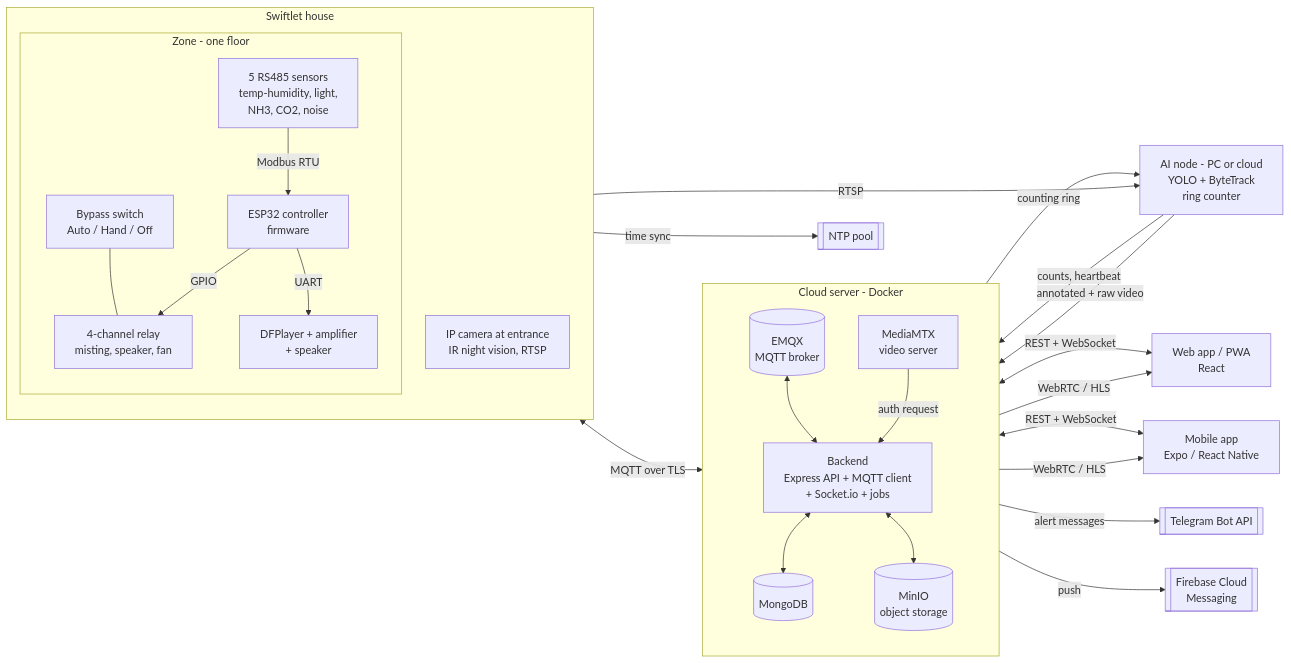
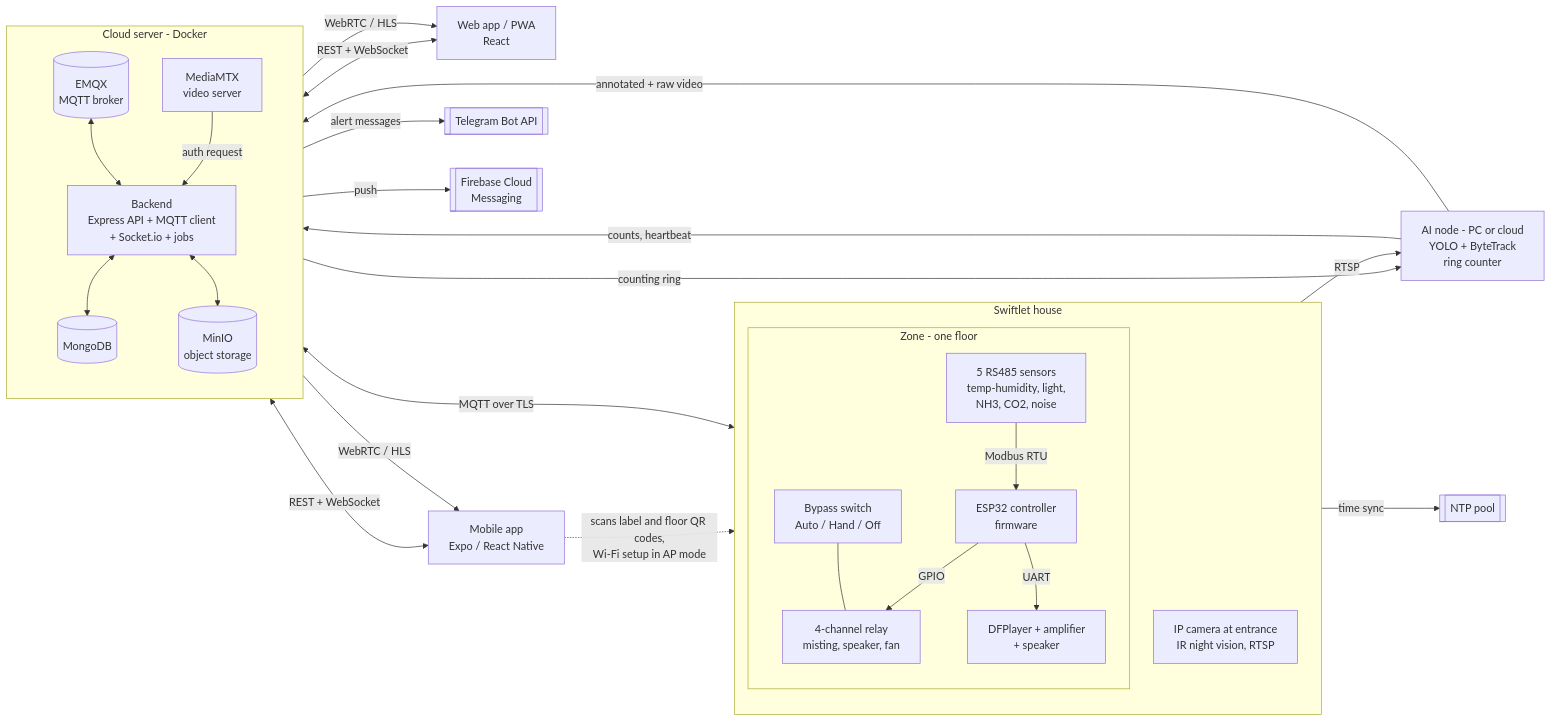
Before and after one commit to NBao261/SwiftletCare_KLTN: the first of 33 diagrams in docs/reports/report4-sdd.md, drawn with Mermaid. The commit also changed other lines of this file and 2 other files, not shown here.

First line of the commit message:
docs(srs): add farm owner device setup with label and floor qr codes

````diff
--- a/docs/reports/report4-sdd.md
+++ b/docs/reports/report4-sdd.md
@@ -62,49 +62,50 @@
 ```mermaid
 flowchart LR
   subgraph HOUSE[Swiftlet house]
     direction TB
     subgraph ZONE[Zone - one floor]
       S[5 RS485 sensors<br/>temp-humidity, light,<br/>NH3, CO2, noise]
       ESP[ESP32 controller<br/>firmware]
       R[4-channel relay<br/>misting, speaker, fan]
       SPK[DFPlayer + amplifier<br/>+ speaker]
       BY[Bypass switch<br/>Auto / Hand / Off]
       S -- Modbus RTU --> ESP
       ESP -- GPIO --> R
       ESP -- UART --> SPK
       BY --- R
     end
     CAM[IP camera at entrance<br/>IR night vision, RTSP]
   end
   AINODE[AI node - PC or cloud<br/>YOLO + ByteTrack<br/>ring counter]
   subgraph CLOUD[Cloud server - Docker]
     direction TB
     EMQX[(EMQX<br/>MQTT broker)]
     API[Backend<br/>Express API + MQTT client<br/>+ Socket.io + jobs]
     DB[(MongoDB)]
     MINIO[(MinIO<br/>object storage)]
     MTX[MediaMTX<br/>video server]
   end
   WEB[Web app / PWA<br/>React]
   MOB[Mobile app<br/>Expo / React Native]
   TG[[Telegram Bot API]]
   FCM[[Firebase Cloud<br/>Messaging]]
   NTP[[NTP pool]]
 
   ESP <-- MQTT over TLS --> EMQX
   CAM -- RTSP --> AINODE
   AINODE -- counts, heartbeat --> EMQX
   EMQX -- counting ring --> AINODE
   AINODE -- annotated + raw video --> MTX
   EMQX <--> API
   API <--> DB
   API <--> MINIO
   MTX -- auth request --> API
   API <-- REST + WebSocket --> WEB
   API <-- REST + WebSocket --> MOB
   MTX -- WebRTC / HLS --> WEB
   MTX -- WebRTC / HLS --> MOB
   API -- alert messages --> TG
   API -- push --> FCM
   ESP -- time sync --> NTP
+  MOB -. scans label and floor QR codes,<br/>Wi-Fi setup in AP mode .-> ESP
 ```
````
